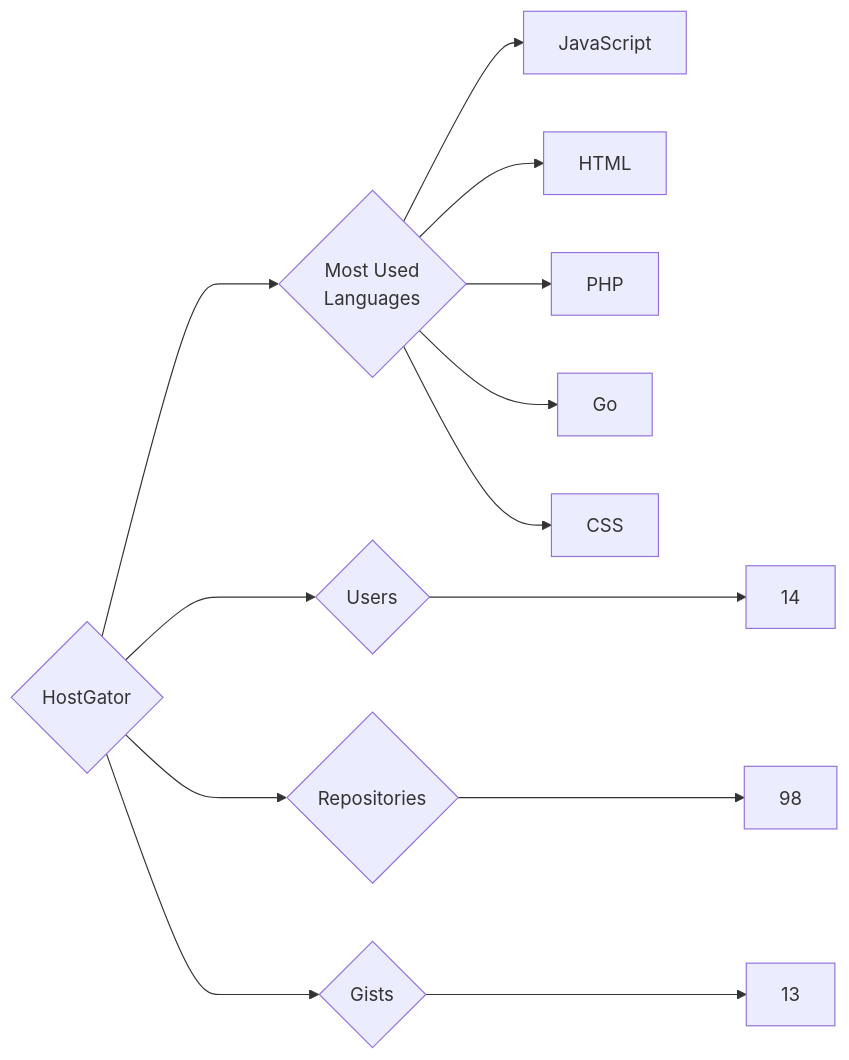
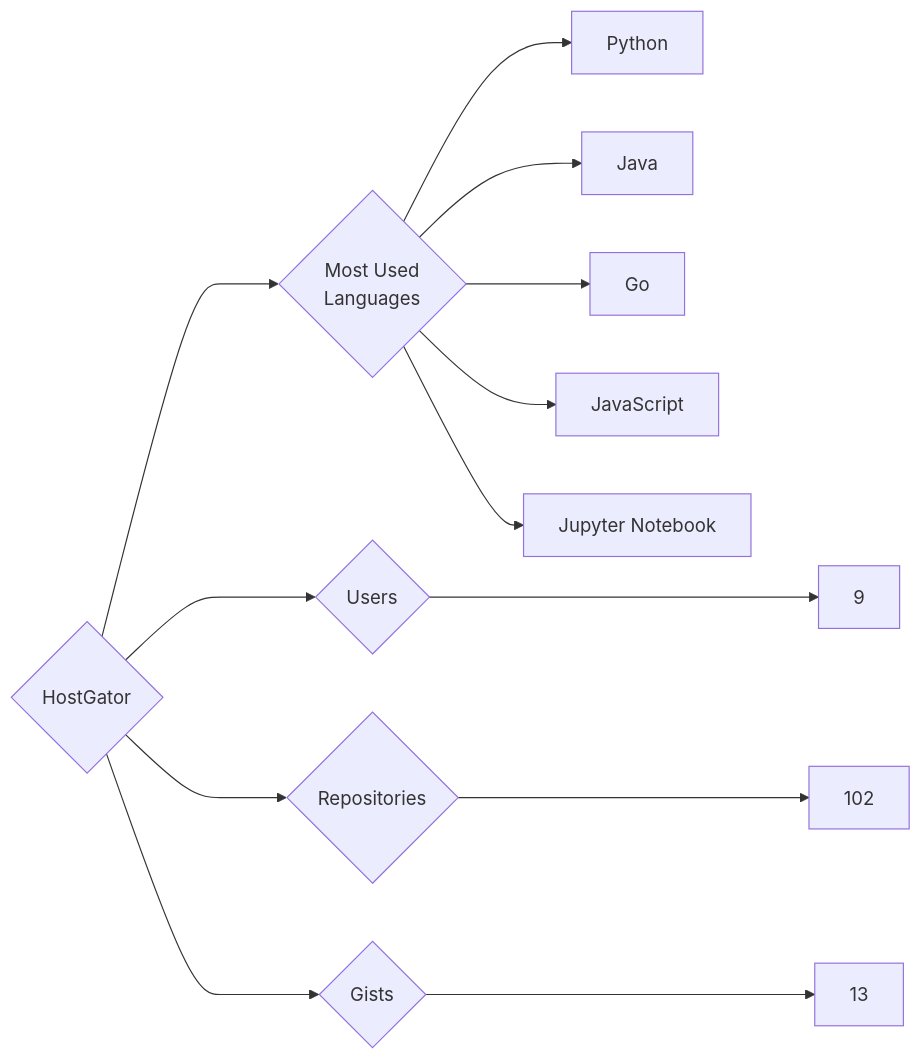
One commit to trickest/insiders changed the diagram in targets/HostGator/README.md. Above: the diagram before and after it, drawn with Mermaid. The commit also changed 1195 other files, not shown here.

````diff
--- a/targets/HostGator/README.md
+++ b/targets/HostGator/README.md
@@ -3,13 +3,13 @@
 ```mermaid
 graph LR
 COMPANY_NAME{HostGator}
-COMPANY_NAME ---> U{Users} ---> UN[14]
-COMPANY_NAME ---> R{Repositories} ---> RN[98]
+COMPANY_NAME ---> U{Users} ---> UN[9]
+COMPANY_NAME ---> R{Repositories} ---> RN[102]
 COMPANY_NAME ---> G{Gists} ---> GN[13]
 COMPANY_NAME ---> ML{Most Used<br>Languages}
+ML --> Python[Python]
+ML --> Java[Java]
+ML --> Go[Go]
 ML --> JavaScript[JavaScript]
-ML --> HTML[HTML]
-ML --> PHP[PHP]
-ML --> Go[Go]
-ML --> CSS[CSS]
+ML --> Jupyter_Notebook[Jupyter Notebook]
 ```
````
